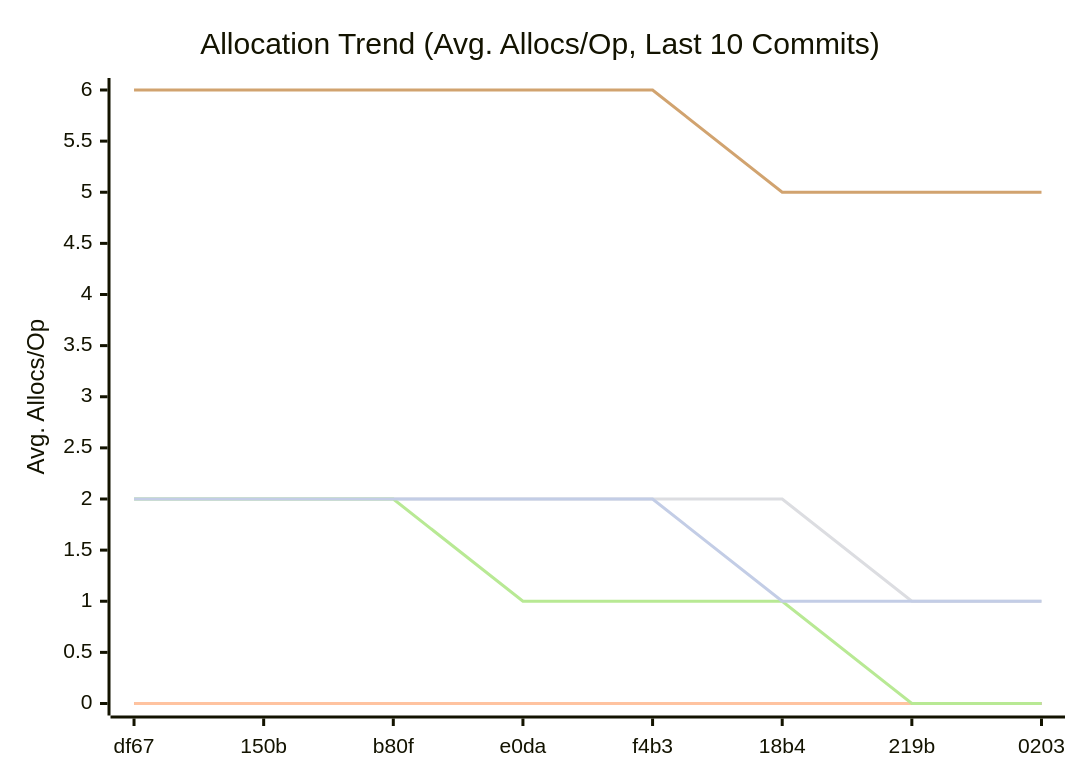
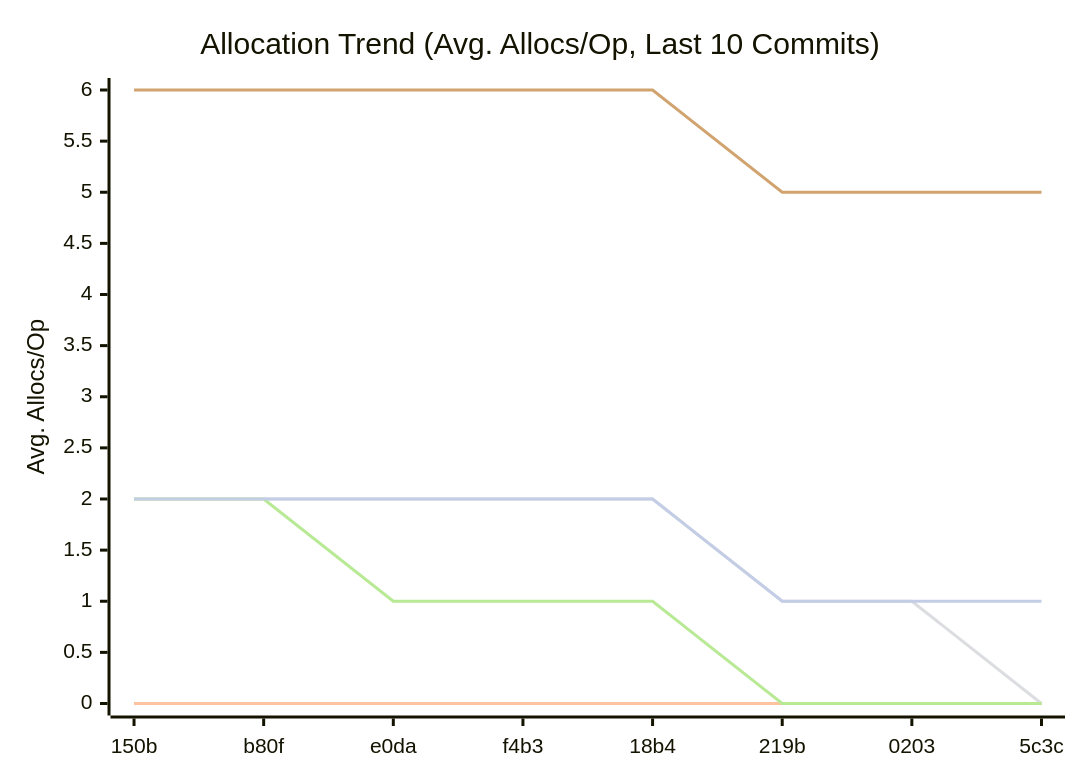
Before and after one commit to alsotoes/momo: the third of 3 diagrams in docs/README.md, drawn with Mermaid. The commit also changed other lines of this file and 1 other file, not shown here.

````diff
--- a/docs/README.md
+++ b/docs/README.md
@@ -217,14 +217,14 @@
 ```mermaid
 xychart-beta
     title "Allocation Trend (Avg. Allocs/Op, Last 10 Commits)"
     x-axis "Commit"
     y-axis "Avg. Allocs/Op"
-    x-axis [df67,150b,b80f,e0da,f4b3,18b4,219b,0203]
+    x-axis [150b,b80f,e0da,f4b3,18b4,219b,0203,5c3c]
     line "CheckMetricsAndSwap" [0,0,0,0,0,0,0,0,0,0]
     line "IndexDirectTracking" [0,0,0,0,0,0,0,0,0,0]
     line "IndexSearch" [0,0,0,0,0,0,0,0,0,0]
-    line "LoadGlobalConfig" [2,2,2,2,2,2,1,1,0,0]
-    line "PadString" [2,2,2,1,1,1,0,0,0,0]
+    line "LoadGlobalConfig" [2,2,2,2,2,1,1,0,0,0]
+    line "PadString" [2,2,1,1,1,0,0,0,0,0]
     line "ParseReplicationOrder_NoPrealloc" [6,6,6,6,6,5,5,5,5,5]
     line "ParseReplicationOrder_Prealloc" [2,2,2,2,2,1,1,1,1,1]
 ```
````
